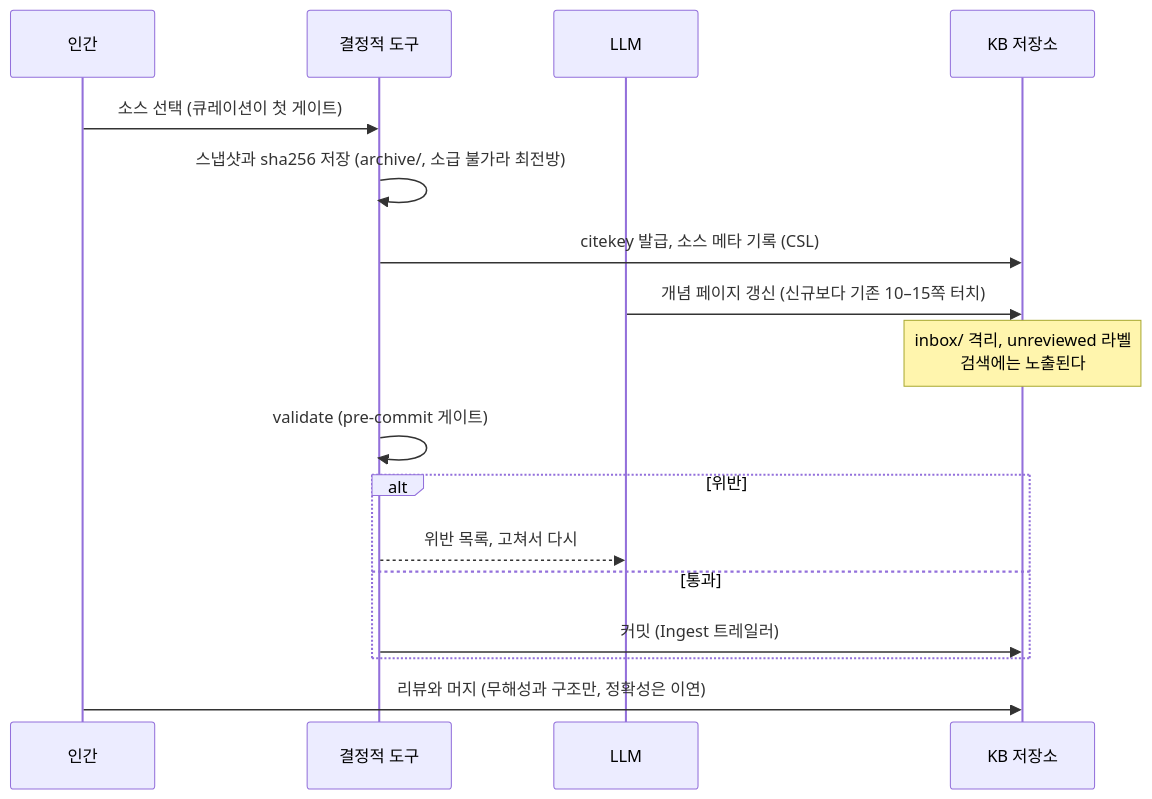
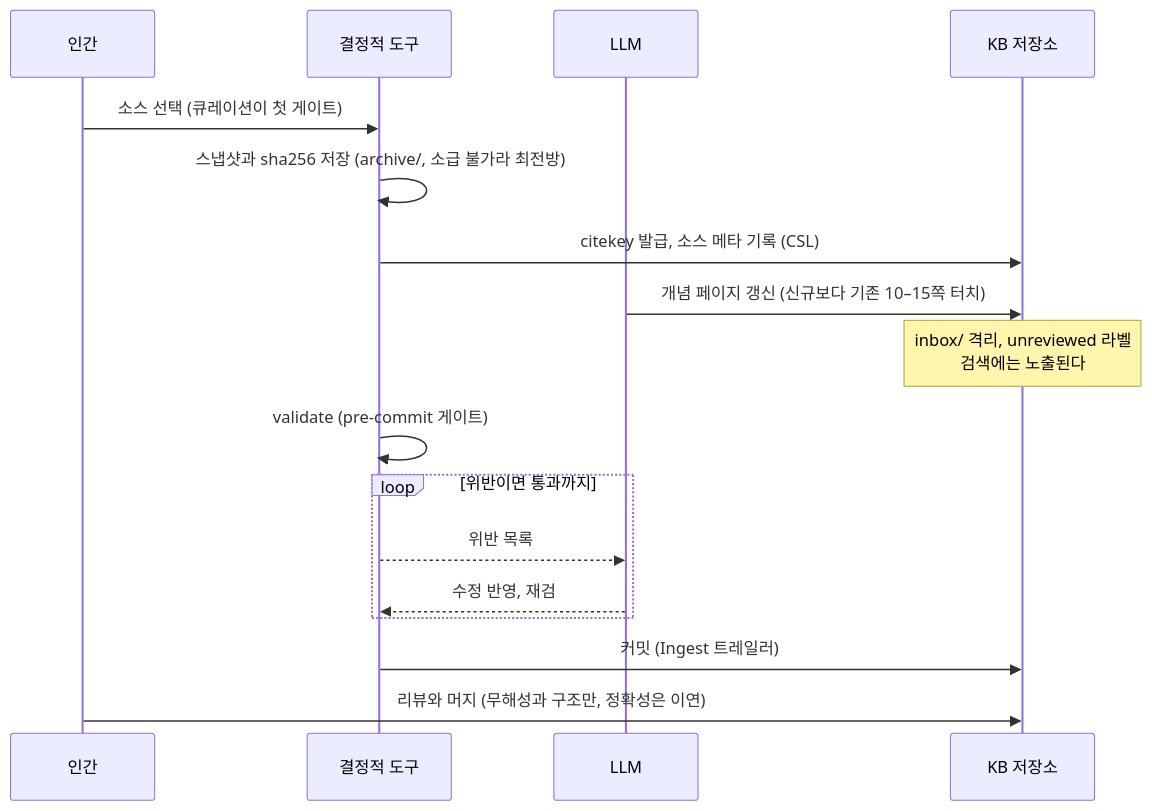
Before and after one commit to alteralab/syntopicon: the second of 4 diagrams in README.md, drawn with Mermaid. The commit also changed other lines of this file, not shown here.

````diff
--- a/README.md
+++ b/README.md
@@ -42,21 +42,21 @@
 ```mermaid
 %%{init: {"sequence": {"width": 140, "messageMargin": 28, "boxMargin": 6}}}%%
 sequenceDiagram
     participant H as 인간
     participant T as 결정적 도구
     participant L as LLM
     participant K as KB 저장소
 
     H->>T: 소스 선택 (큐레이션이 첫 게이트)
     T->>T: 스냅샷과 sha256 저장 (archive/, 소급 불가라 최전방)
     T->>K: citekey 발급, 소스 메타 기록 (CSL)
     L->>K: 개념 페이지 갱신 (신규보다 기존 10–15쪽 터치)
     note over K: inbox/ 격리, unreviewed 라벨<br/>검색에는 노출된다
     T->>T: validate (pre-commit 게이트)
-    alt 위반
-        T-->>L: 위반 목록, 고쳐서 다시
-    else 통과
-        T->>K: 커밋 (Ingest 트레일러)
+    loop 위반이면 통과까지
+        T-->>L: 위반 목록
+        L-->>T: 수정 반영, 재검
     end
+    T->>K: 커밋 (Ingest 트레일러)
     H->>K: 리뷰와 머지 (무해성과 구조만, 정확성은 이연)
 ```
````
